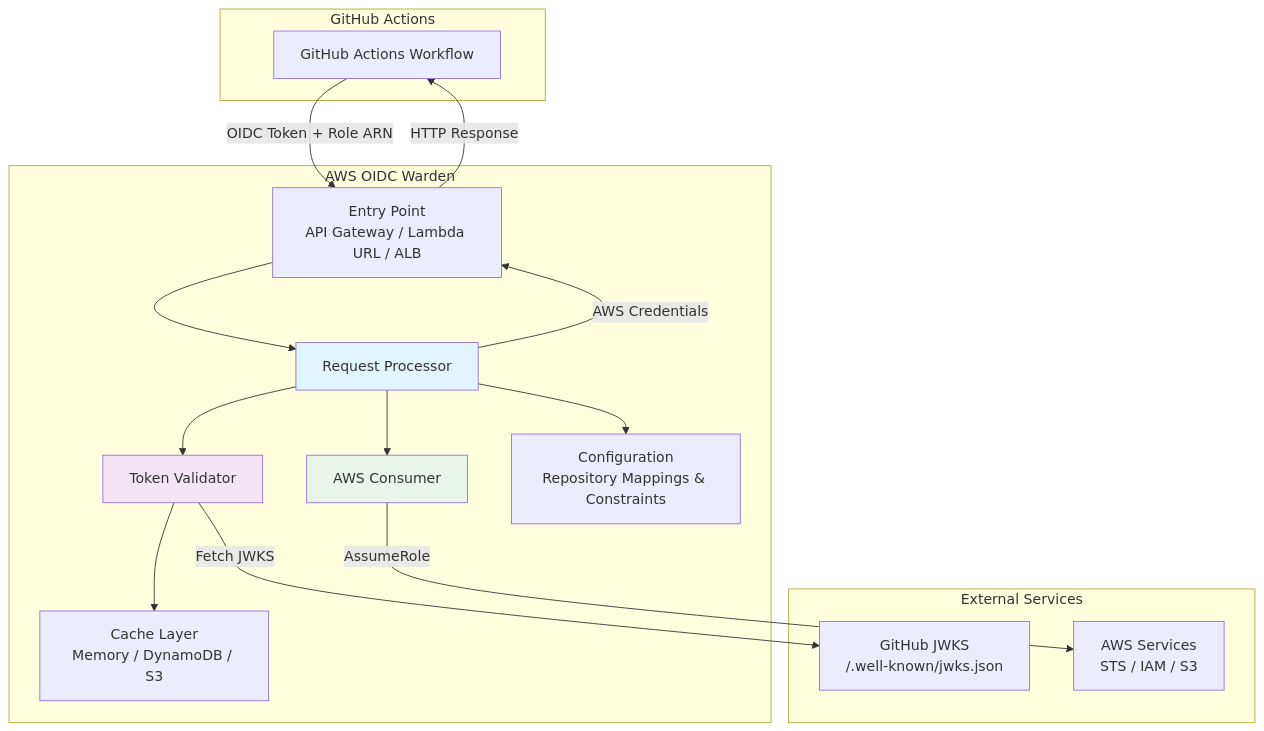
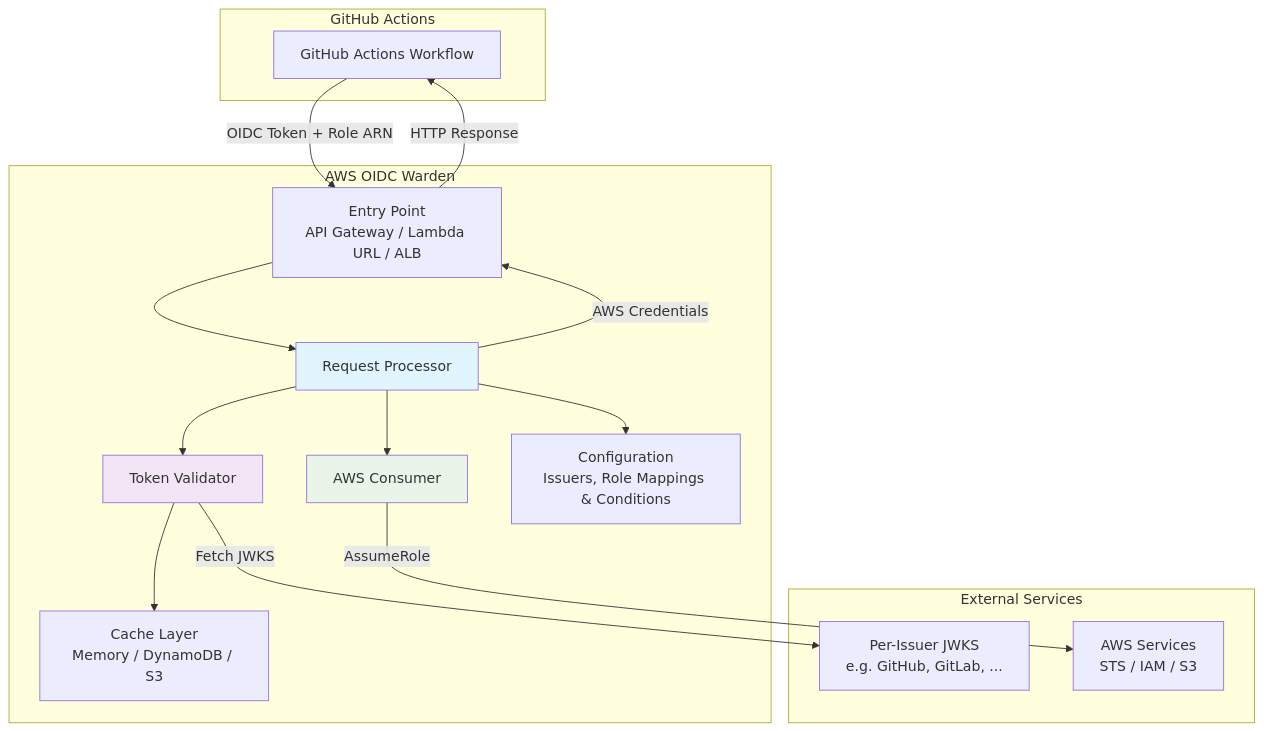
The first of 7 diagrams in docs/ARCHITECTURE.md (boogy/aws-oidc-warden), drawn with Mermaid before and after one commit. The commit also changed other lines of this file and 108 other files, not shown here.

````diff
--- a/docs/ARCHITECTURE.md
+++ b/docs/ARCHITECTURE.md
@@ -9,38 +9,38 @@
 ```mermaid
 graph TB
     subgraph "GitHub Actions"
         GA[GitHub Actions Workflow]
     end
 
     subgraph "AWS OIDC Warden"
         ENTRY[Entry Point<br/>API Gateway / Lambda URL / ALB]
         PROCESSOR[Request Processor]
         VALIDATOR[Token Validator]
         CACHE[Cache Layer<br/>Memory / DynamoDB / S3]
         CONSUMER[AWS Consumer]
-        CONFIG[Configuration<br/>Repository Mappings & Constraints]
+        CONFIG[Configuration<br/>Issuers, Role Mappings & Conditions]
     end
 
     subgraph "External Services"
-        JWKS[GitHub JWKS<br/>/.well-known/jwks.json]
+        JWKS[Per-Issuer JWKS<br/>e.g. GitHub, GitLab, ...]
         AWS[AWS Services<br/>STS / IAM / S3]
     end
 
     GA -->|OIDC Token + Role ARN| ENTRY
     ENTRY --> PROCESSOR
     PROCESSOR --> VALIDATOR
     PROCESSOR --> CONSUMER
     PROCESSOR --> CONFIG
 
     VALIDATOR -->|Fetch JWKS| JWKS
     VALIDATOR --> CACHE
 
     CONSUMER -->|AssumeRole| AWS
 
     PROCESSOR -->|AWS Credentials| ENTRY
     ENTRY -->|HTTP Response| GA
 
     style PROCESSOR fill:#e1f5fe
     style VALIDATOR fill:#f3e5f5
     style CONSUMER fill:#e8f5e8
 ```
````
